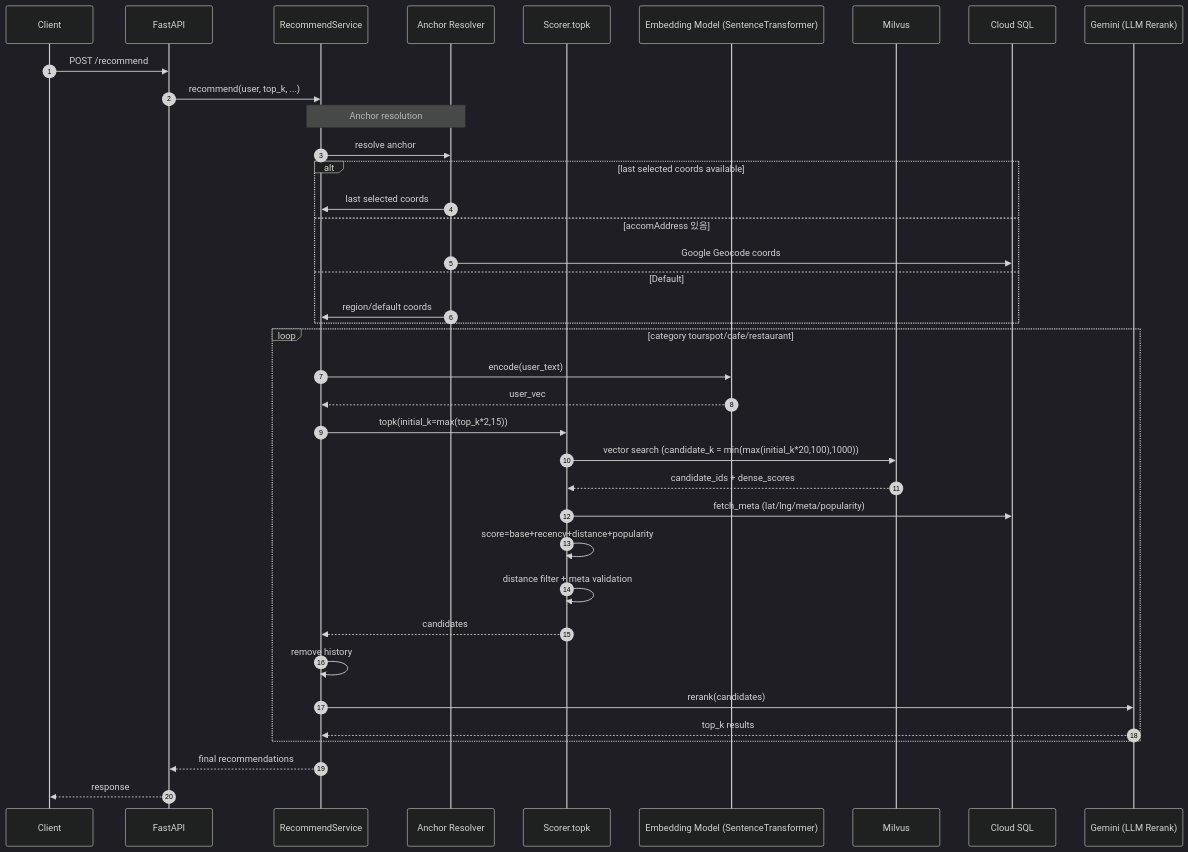
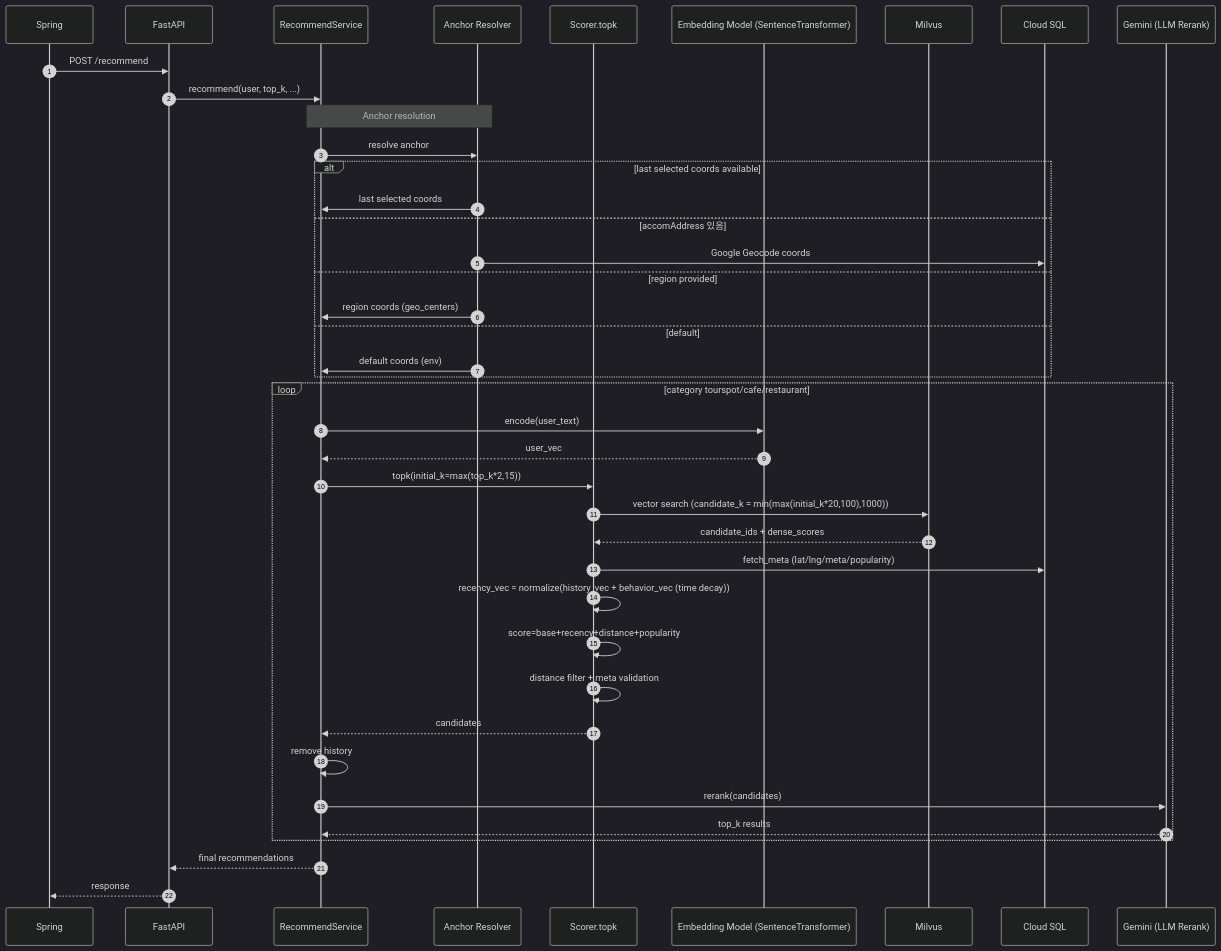
The diagram in docs/recommend_sequence_diagram.mmd (RecSys02/AI), drawn with Mermaid (dark theme) before and after one commit. The commit also changed 7 other files, not shown here.

Commit message:
update recency behavior log

```diff
--- a/docs/recommend_sequence_diagram.mmd
+++ b/docs/recommend_sequence_diagram.mmd
@@ -1,46 +1,49 @@
 
 sequenceDiagram
     autonumber
-    participant C as Client
+    participant S as Spring
     participant API as FastAPI
     participant RS as RecommendService
     participant AR as Anchor Resolver
     participant SC as Scorer.topk
     participant EMB as Embedding Model (SentenceTransformer)
     participant MV as Milvus
     participant DB as Cloud SQL
     participant LLM as Gemini (LLM Rerank)
 
-    C->>API: POST /recommend
+    S->>API: POST /recommend
     API->>RS: recommend(user, top_k, ...)
 
     Note over RS,AR: Anchor resolution
     RS->>AR: resolve anchor
     alt last selected coords available
         AR->>RS: last selected coords
     else accomAddress 있음
         AR->>DB: Google Geocode coords
-    else Default
-        AR->>RS: region/default coords
+    else region provided
+        AR->>RS: region coords (geo_centers)
+    else default
+        AR->>RS: default coords (env)
     end
 
     loop category tourspot/cafe/restaurant
         RS->>EMB: encode(user_text)
         EMB-->>RS: user_vec
 
         RS->>SC: topk(initial_k=max(top_k*2,15))
         SC->>MV: vector search (candidate_k = min(max(initial_k*20,100),1000))
         MV-->>SC: candidate_ids + dense_scores
         SC->>DB: fetch_meta (lat/lng/meta/popularity)
 
+        SC->>SC: recency_vec = normalize(history_vec + behavior_vec (time decay))
         SC->>SC: score=base+recency+distance+popularity
         SC->>SC: distance filter + meta validation
         SC-->>RS: candidates
 
         RS->>RS: remove history
         RS->>LLM: rerank(candidates)
         LLM-->>RS: top_k results
     end
 
     RS-->>API: final recommendations
-    API-->>C: response
+    API-->>S: response
```
